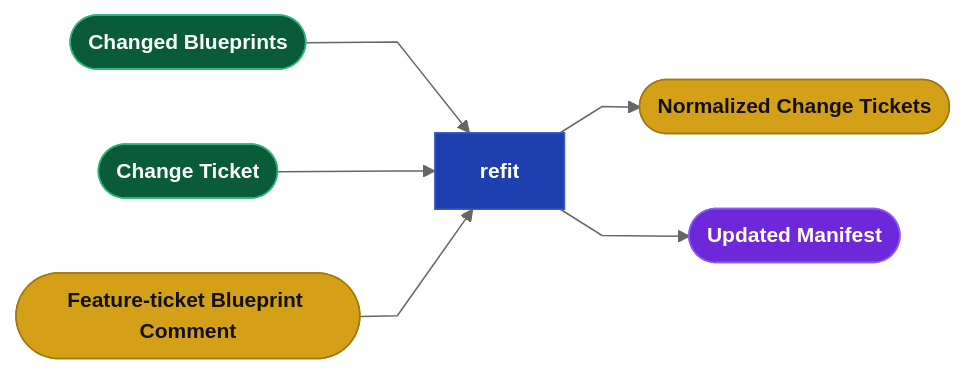
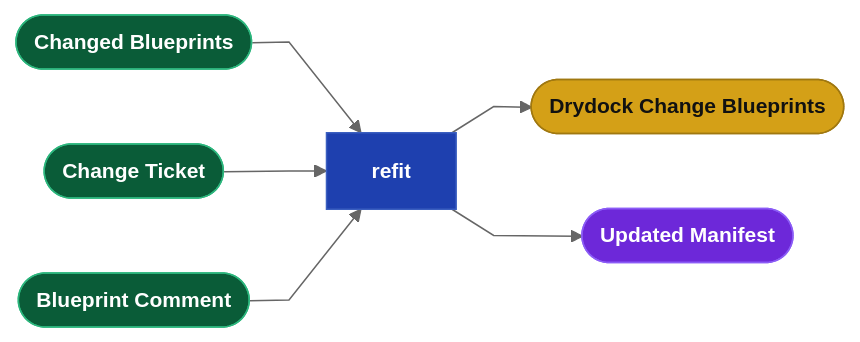
One commit to webcloudstudio/Drydock changed the fifth of 5 diagrams in docs/Drydock_Specification.md. Above: the diagram before and after it, drawn with Mermaid. The commit also changed other lines of this file and 14 other files, not shown here.

````diff
--- a/docs/Drydock_Specification.md
+++ b/docs/Drydock_Specification.md
@@ -636,16 +562,16 @@
 ```mermaid
 %%{init: {'theme': 'neutral', 'flowchart': {'curve': 'linear'}, 'themeVariables': {'fontSize': '14px'}}}%%
 flowchart LR
   classDef dir    fill:#0a5c38,stroke:#2cb67d,color:#fff,font-weight:bold
   classDef md     fill:#d4a017,stroke:#a07810,color:#111,font-weight:bold
   classDef script fill:#1e40af,stroke:#3b5fc0,color:#fff,font-weight:bold
   classDef prompt fill:#c2410c,stroke:#ea580c,color:#fff,font-weight:bold
   classDef output fill:#6d28d9,stroke:#8b5cf6,color:#fff,font-weight:bold
   classDef web    fill:#be123c,stroke:#fb7185,color:#fff,font-weight:bold
 
   CHANGE(["Changed Blueprints"]):::dir --> REFIT["refit"]:::script
   Ticket(["Change Ticket"]):::dir --> REFIT
-  Comment(["Feature-ticket Blueprint Comment"]):::md --> REFIT
-  REFIT --> SPECOUT(["Normalized Change Tickets"]):::md
+  Comment(["Blueprint Comment"]):::dir --> REFIT
+  REFIT --> SPECOUT(["Drydock Change Blueprints"]):::md
   REFIT --> SOFTWARE(["Updated Manifest"]):::output
 ```
````
